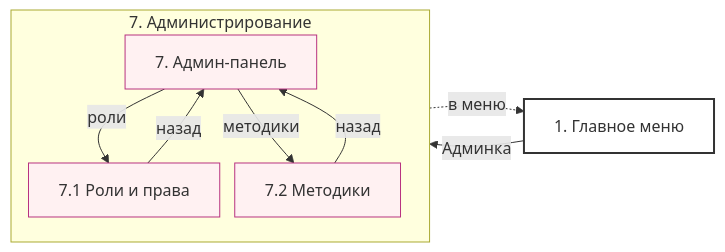
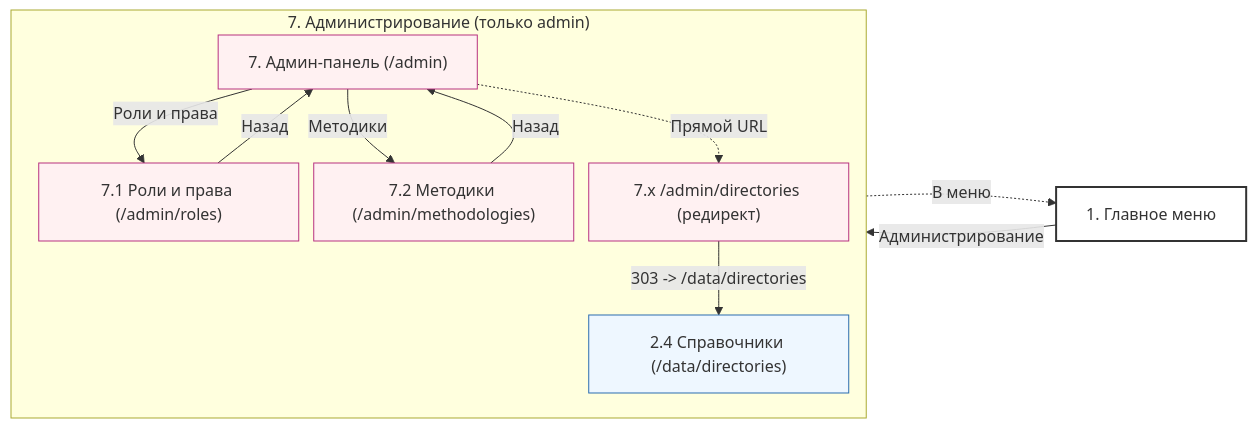
Before and after one commit to AntoshinaVeronicka/school-ranking-system: the seventh of 8 diagrams in mermaid/dialog_tree.md, drawn with Mermaid. The commit also changed other lines of this file, not shown here.

````diff
--- a/mermaid/dialog_tree.md
+++ b/mermaid/dialog_tree.md
@@ -346,41 +331,40 @@
 ```mermaid
 ---
 config:
   layout: dagre
   flowchart:
     nodeSpacing: 15
     rankSpacing: 25
 ---
 
 flowchart LR
   MainForm["1. Главное меню"]
+  DataDirectories["2.4 Справочники (/data/directories)"]
 
-  subgraph ADMIN["7. Администрирование"]
+  subgraph ADMIN["7. Администрирование (только admin)"]
     direction TB
-    AdminPanel["7. Админ-панель"]
-    Roles["7.1 Роли и права"]
-    Methodologies["7.2 Методики"]
+    AdminPanel["7. Админ-панель (/admin)"]
+    Roles["7.1 Роли и права (/admin/roles)"]
+    Methodologies["7.2 Методики (/admin/methodologies)"]
+    AdminDirectories["7.x /admin/directories (редирект)"]
 
-    AdminPanel -->|роли| Roles
-    AdminPanel -->|методики| Methodologies
+    AdminPanel -->|Роли и права| Roles
+    AdminPanel -->|Методики| Methodologies
+    Roles -->|Назад| AdminPanel
+    Methodologies -->|Назад| AdminPanel
 
-    Roles -->|назад| AdminPanel
-    Methodologies -->|назад| AdminPanel
+    AdminDirectories -->|303 -> /data/directories| DataDirectories
+    AdminPanel -.->|Прямой URL| AdminDirectories
   end
 
-  MainForm -->|Админка| AdminPanel
-  ADMIN -.->|в меню| MainForm
+  MainForm -->|Администрирование| AdminPanel
+  ADMIN -.->|В меню| MainForm
 
-  %% ====== Стили ======
-  classDef auth fill:#f2f2f2,stroke:#333,stroke-width:1px;
   classDef main fill:#ffffff,stroke:#333,stroke-width:2px;
   classDef data fill:#eef7ff,stroke:#2b6cb0,stroke-width:1px;
-  classDef search fill:#f5f3ff,stroke:#5a67d8,stroke-width:1px;
-  classDef rating fill:#fff7ed,stroke:#c05621,stroke-width:1px;
-  classDef set fill:#f7fafc,stroke:#4a5568,stroke-width:1px;
-  classDef rep fill:#f1fff3,stroke:#2f855a,stroke-width:1px;
   classDef adm fill:#fff1f2,stroke:#b83280,stroke-width:1px;
 
   class MainForm main;
-  class AdminPanel,Roles,Methodologies adm;
+  class DataDirectories data;
+  class AdminPanel,Roles,Methodologies,AdminDirectories adm;
 ```
````
